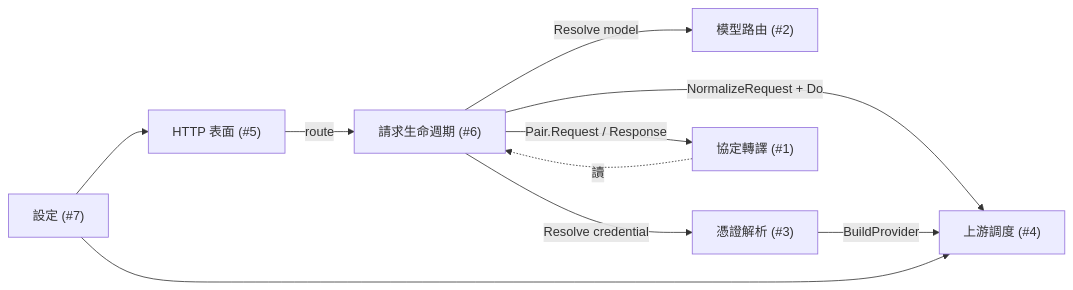
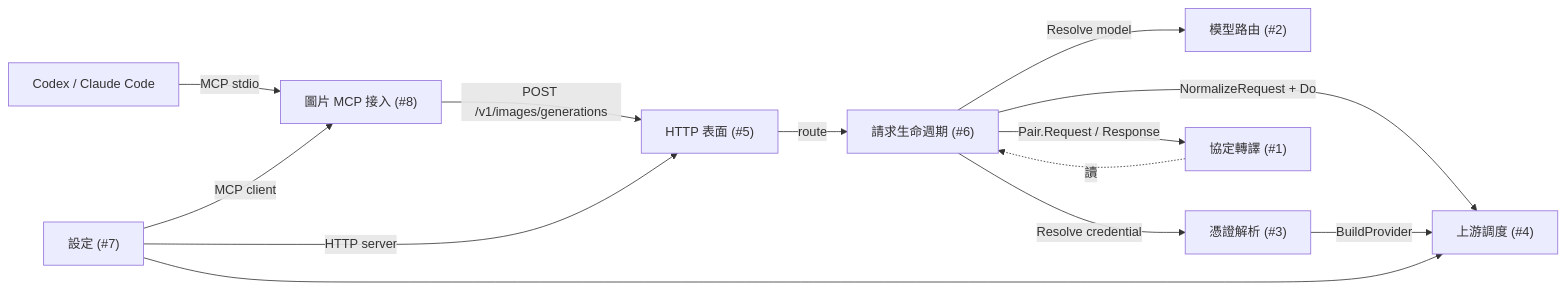
The diagram in README.md (BizShuk/proxy), drawn with Mermaid before and after one commit. The commit also changed other lines of this file and 32 other files, not shown here.

Commit message:
feat: implement xAI image generation proxy endpoint and add MCP support for image-related tools.

````diff
--- a/README.md
+++ b/README.md
@@ -138,12 +155,15 @@
 ```mermaid
 flowchart LR
-    HTTP["HTTP 表面 (#5)"] -->|route| Lifecycle["請求生命週期 (#6)"]
-    Lifecycle -->|Resolve model| Routing["模型路由 (#2)"]
-    Lifecycle -->|Resolve credential| Cred["憑證解析 (#3)"]
-    Lifecycle -->|Pair.Request / Response| Trans["協定轉譯 (#1)"]
-    Lifecycle -->|NormalizeRequest + Do| Upstream["上游調度 (#4)"]
-    Cred -->|BuildProvider| Upstream
-    Config["設定 (#7)"] --> HTTP
+    Agent["Codex / Claude Code"] -->|"MCP stdio"| ImageMCP["圖片 MCP 接入 (#8)"]
+    ImageMCP -->|"POST /v1/images/generations"| HTTP["HTTP 表面 (#5)"]
+    HTTP -->|"route"| Lifecycle["請求生命週期 (#6)"]
+    Lifecycle -->|"Resolve model"| Routing["模型路由 (#2)"]
+    Lifecycle -->|"Resolve credential"| Cred["憑證解析 (#3)"]
+    Lifecycle -->|"Pair.Request / Response"| Trans["協定轉譯 (#1)"]
+    Lifecycle -->|"NormalizeRequest + Do"| Upstream["上游調度 (#4)"]
+    Cred -->|"BuildProvider"| Upstream
+    Config["設定 (#7)"] -->|"HTTP server"| HTTP
+    Config -->|"MCP client"| ImageMCP
     Config --> Upstream
-    Trans -.讀.-> Lifecycle
+    Trans -.->|"讀"| Lifecycle
 ```
````
